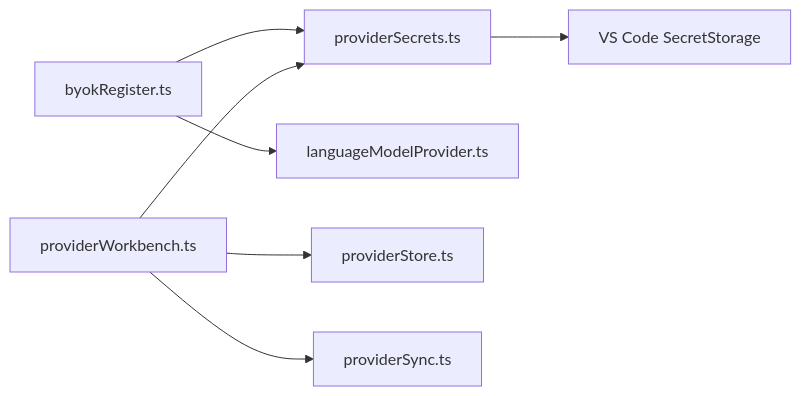
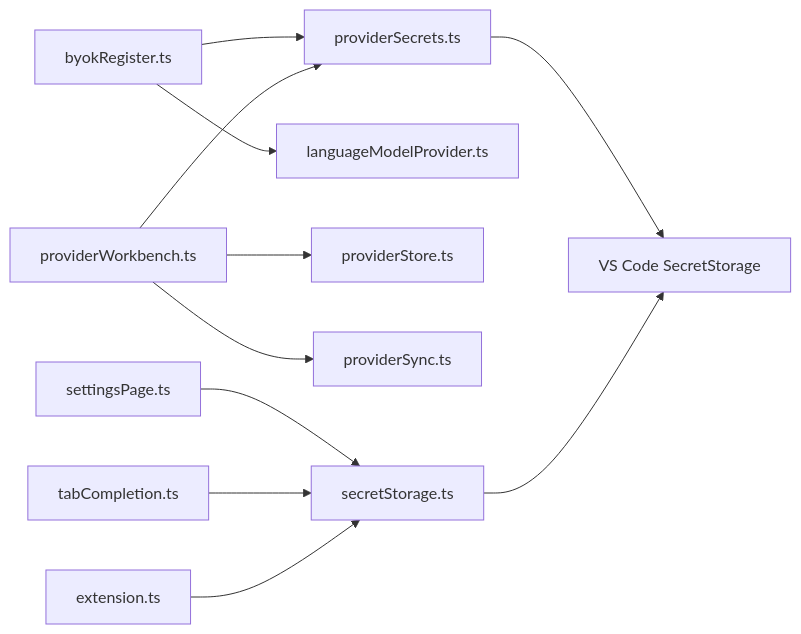
Before and after one commit to sofate798/KodrixCode: diagram 11 of 11 in .qoder/repowiki/zh/content/本地集成/模型供应商管理/凭据安全管理.md, drawn with Mermaid. The commit also changed other lines of this file and 9 other files, not shown here.

First line of the commit message:
feat(security): 集成 SecretStorage 安全存储机制

````diff
--- a/.qoder/repowiki/zh/content/本地集成/模型供应商管理/凭据安全管理.md
+++ b/.qoder/repowiki/zh/content/本地集成/模型供应商管理/凭据安全管理.md
@@ -234,9 +412,13 @@
 ```mermaid
 graph LR
 BR["byokRegister.ts"] --> PS["providerSecrets.ts"]
 BR --> LM["languageModelProvider.ts"]
 PW["providerWorkbench.ts"] --> PS
 PW --> PS2["providerStore.ts"]
 PW --> PS3["providerSync.ts"]
+SP["settingsPage.ts"] --> SS["secretStorage.ts"]
+TC["tabCompletion.ts"] --> SS
+EX["extension.ts"] --> SS
 PS --> VS["VS Code SecretStorage"]
+SS --> VS
 ```
````
